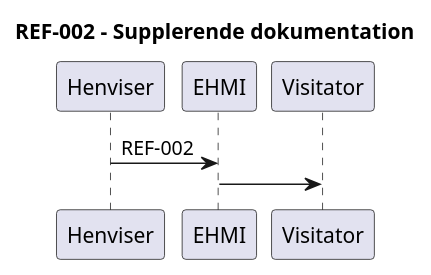
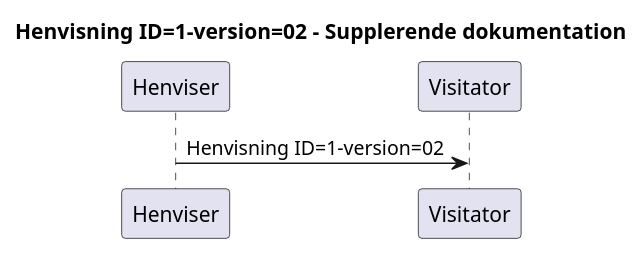
Before and after one commit to medcomdk/dk-medcom-ref-lm: the second of 12 diagrams in input/plantuml/fhir-henvisning-messaging.puml, drawn with PlantUML. The commit also changed other lines of this file and 15 other files, not shown here.

```diff
--- a/input/plantuml/fhir-henvisning-messaging.puml
+++ b/input/plantuml/fhir-henvisning-messaging.puml
@@ -11,9 +13,9 @@
 @startuml
 
- title REF-002 - Supplerende dokumentation
+ title Henvisning ID=1-version=02 - Supplerende dokumentation
  participant Henviser
- participant EHMI
  participant Visitator
-Henviser -> EHMI : REF-002
-EHMI -> Visitator
+
+Henviser -> Visitator : Henvisning ID=1-version=02
+
 @enduml
```
